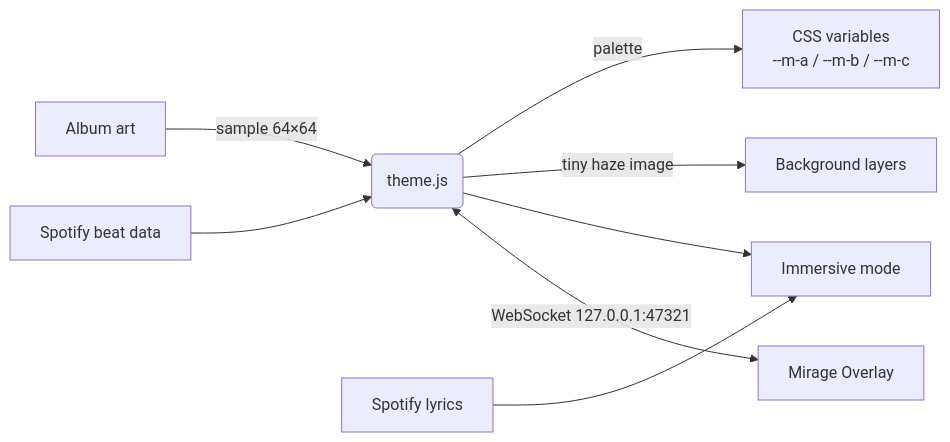
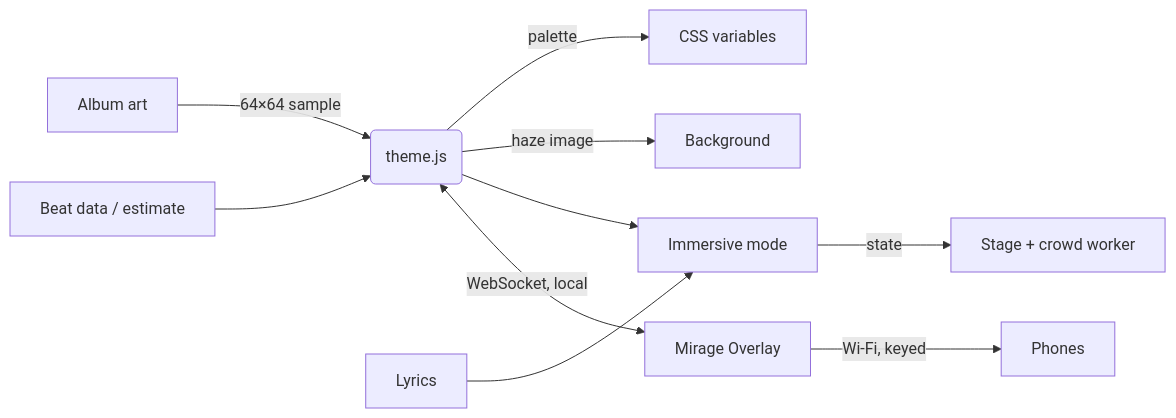
The diagram in README.md (Passimoritz/spicetify-mirage), drawn with Mermaid before and after one commit. The commit also changed other lines of this file and 19 other files, not shown here.

First line of the commit message:
feat: light director, venues, beat-locked crowd, live link, clips, eco mode (v1.9.0)

````diff
--- a/README.md
+++ b/README.md
@@ -250,10 +253,12 @@
 ```mermaid
 flowchart LR
-  A[Album art] -->|sample 64×64| B(theme.js)
-  B -->|palette| C[CSS variables<br/>--m-a / --m-b / --m-c]
-  B -->|tiny haze image| D[Background layers]
-  E[Spotify beat data] --> B
-  F[Spotify lyrics] --> G[Immersive mode]
+  A[Album art] -->|64×64 sample| B(theme.js)
+  B -->|palette| C[CSS variables]
+  B -->|haze image| D[Background]
+  E[Beat data / estimate] --> B
+  F[Lyrics] --> G[Immersive mode]
   B --> G
-  B <-->|WebSocket 127.0.0.1:47321| H[Mirage Overlay]
+  G -->|state| W[Stage + crowd worker]
+  B <-->|WebSocket, local| H[Mirage Overlay]
+  H -->|Wi-Fi, keyed| P[Phones]
 ```
````
